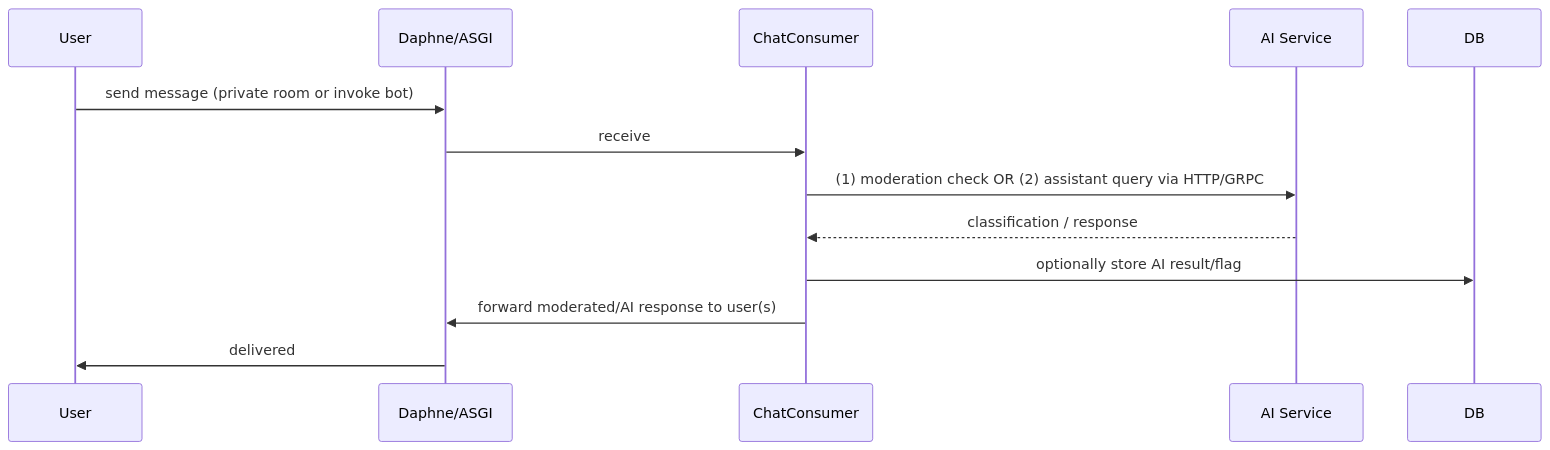
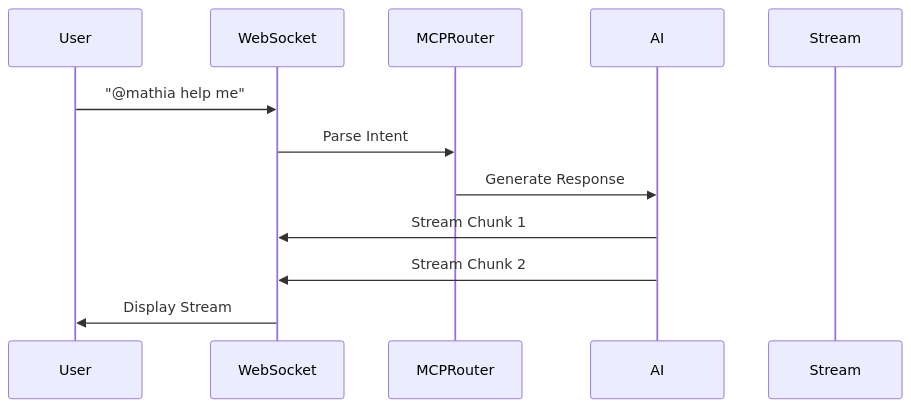
The second of 2 diagrams in README.md (bedah-kym/django-chat), drawn with Mermaid before and after one commit. The commit also changed other lines of this file and 7 other files, not shown here.

````diff
--- a/README.md
+++ b/README.md
@@ -197,15 +91,15 @@
-   ```mermaid
-   sequenceDiagram
-         participant User
-         participant ASGI as Daphne/ASGI
-         participant C as ChatConsumer
-         participant AI as AI Service
+```mermaid
+sequenceDiagram
+    participant User
+    participant WebSocket
+    participant MCPRouter
+    participant AI
+    participant Stream
 
-         User->>ASGI: send message (private room or invoke bot)
-         ASGI->>C: receive
-         C->>AI: (1) moderation check OR (2) assistant query via HTTP/GRPC
-         AI-->>C: classification / response
-         C->>DB: optionally store AI result/flag
-         C->>ASGI: forward moderated/AI response to user(s)
-         ASGI->>User: delivered
-   ```
+    User->>WebSocket: "@mathia help me"
+    WebSocket->>MCPRouter: Parse Intent
+    MCPRouter->>AI: Generate Response
+    AI->>WebSocket: Stream Chunk 1
+    AI->>WebSocket: Stream Chunk 2
+    WebSocket->>User: Display Stream
+```
````
